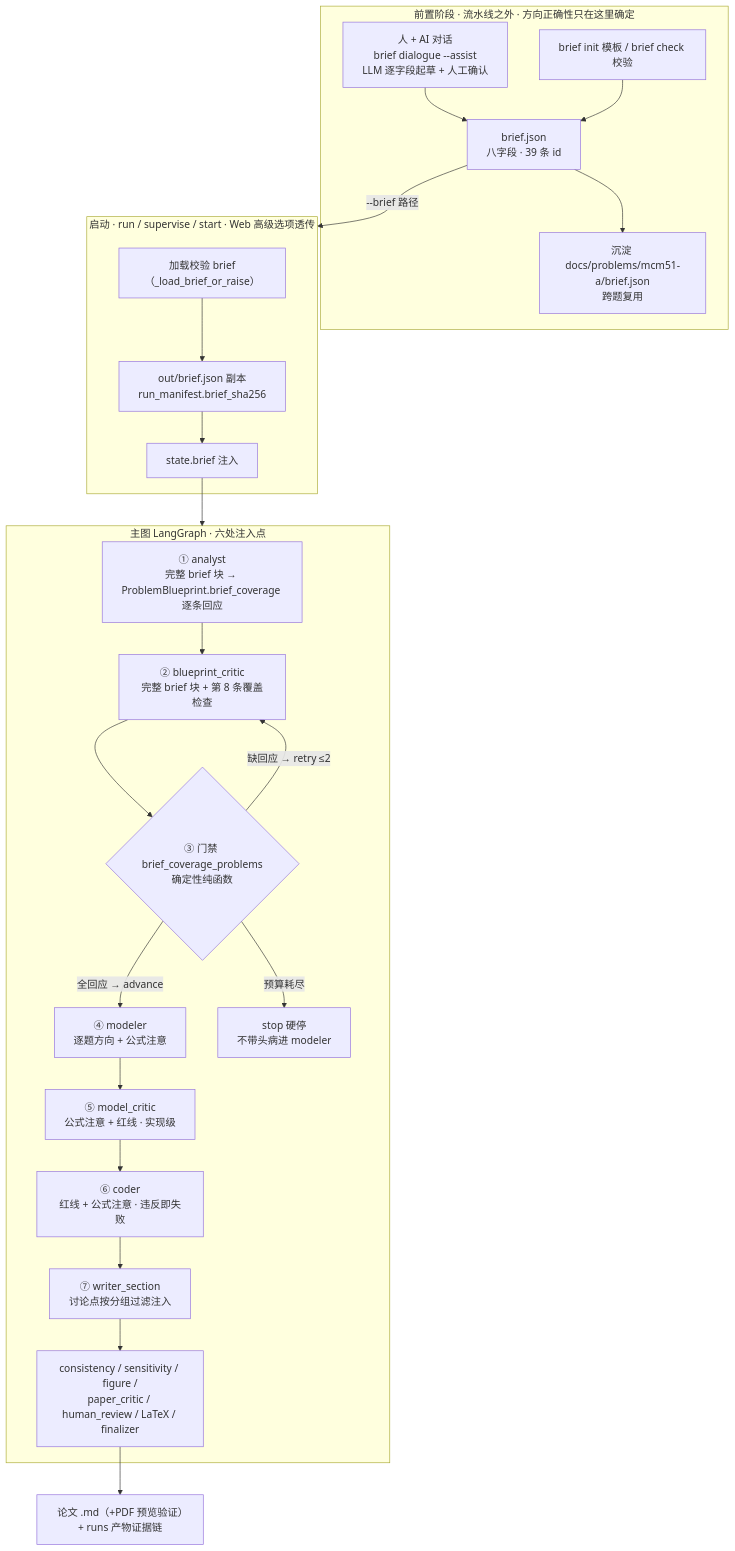
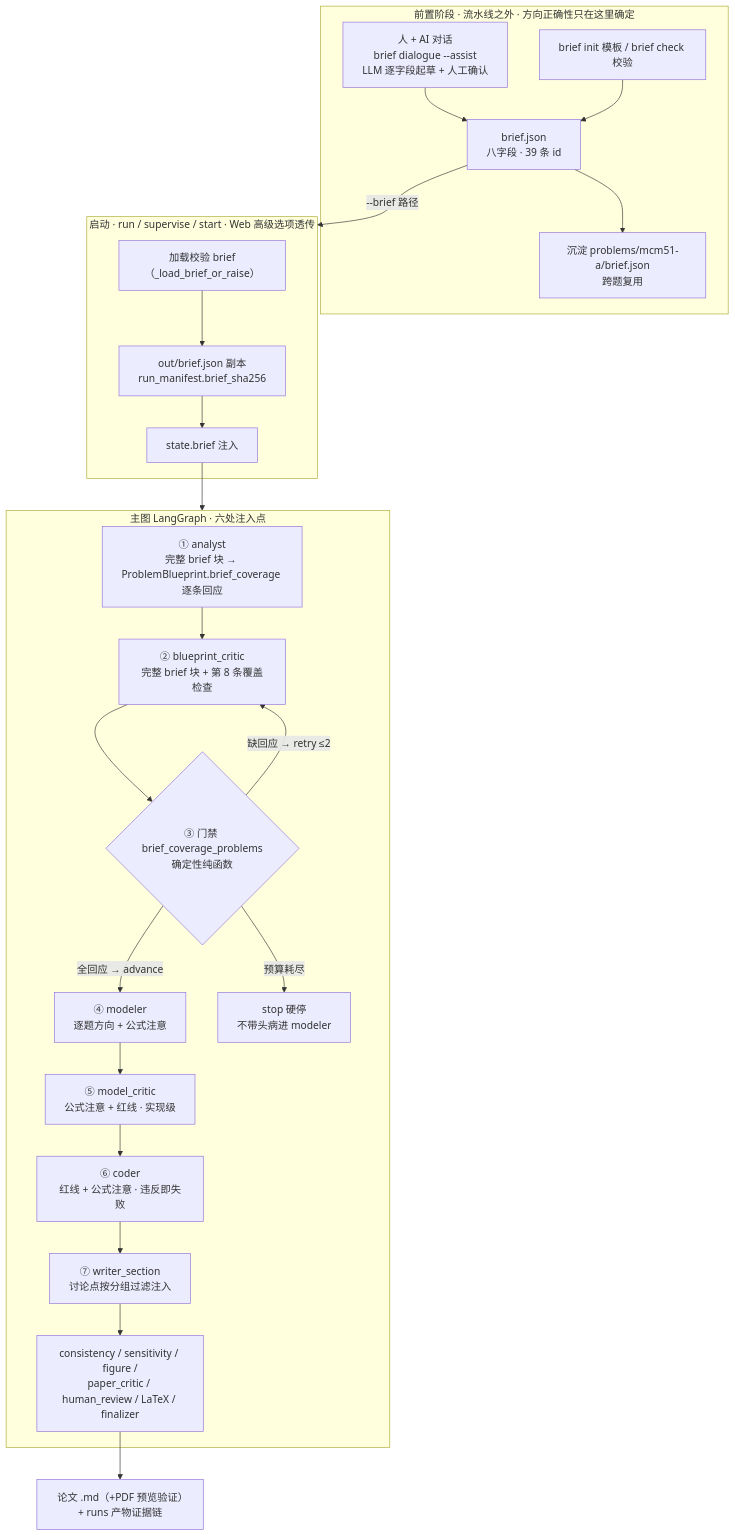
Before and after one commit to Avalianfeng/Beacon: the diagram in docs/11-ModelingBrief流程总图.md, drawn with Mermaid. The commit also changed other lines of this file and 33 other files, not shown here.

Commit message:
problems/ 目录归位：docs/problems/mcm51-a/brief.json（唯一副本）迁回体系标准位置 problems/mcm51-a/，删除 docs/problems 空目录；同步 src 4 处硬编码与 6 个文档引用（archive/09 保留历史原貌）

````diff
--- a/docs/11-ModelingBrief流程总图.md
+++ b/docs/11-ModelingBrief流程总图.md
@@ -58,29 +58,29 @@
 ```mermaid
 flowchart TB
     subgraph PRE["前置阶段 · 流水线之外 · 方向正确性只在这里确定"]
         D1["人 + AI 对话<br/>brief dialogue --assist<br/>LLM 逐字段起草 + 人工确认"] --> D2["brief.json<br/>八字段 · 39 条 id"]
         D3["brief init 模板 / brief check 校验"] --> D2
-        D2 --> D4["沉淀 docs/problems/mcm51-a/brief.json<br/>跨题复用"]
+        D2 --> D4["沉淀 problems/mcm51-a/brief.json<br/>跨题复用"]
     end
     D2 -->|"--brief 路径"| RUN
     subgraph RUN["启动 · run / supervise / start · Web 高级选项透传"]
         R1["加载校验 brief（_load_brief_or_raise）"] --> R2["out/brief.json 副本<br/>run_manifest.brief_sha256"]
         R2 --> R3["state.brief 注入"]
     end
     R3 --> GRAPH
     subgraph GRAPH["主图 LangGraph · 六处注入点"]
         A["① analyst<br/>完整 brief 块 → ProblemBlueprint.brief_coverage 逐条回应"]
         B["② blueprint_critic<br/>完整 brief 块 + 第 8 条覆盖检查"]
         G{"③ 门禁 brief_coverage_problems<br/>确定性纯函数"}
         M1["④ modeler<br/>逐题方向 + 公式注意"]
         M2["⑤ model_critic<br/>公式注意 + 红线 · 实现级"]
         C["⑥ coder<br/>红线 + 公式注意 · 违反即失败"]
         W["⑦ writer_section<br/>讨论点按分组过滤注入"]
         A --> B --> G
         G -->|"全回应 → advance"| M1 --> M2 --> C --> W
         G -->|"缺回应 → retry ≤2"| B
         G -->|"预算耗尽"| STOP["stop 硬停<br/>不带头病进 modeler"]
         W --> TAIL["consistency / sensitivity / figure /<br/>paper_critic / human_review / LaTeX / finalizer"]
     end
     TAIL --> OUT["论文 .md（+PDF 预览验证）+ runs 产物证据链"]
 ```
````
